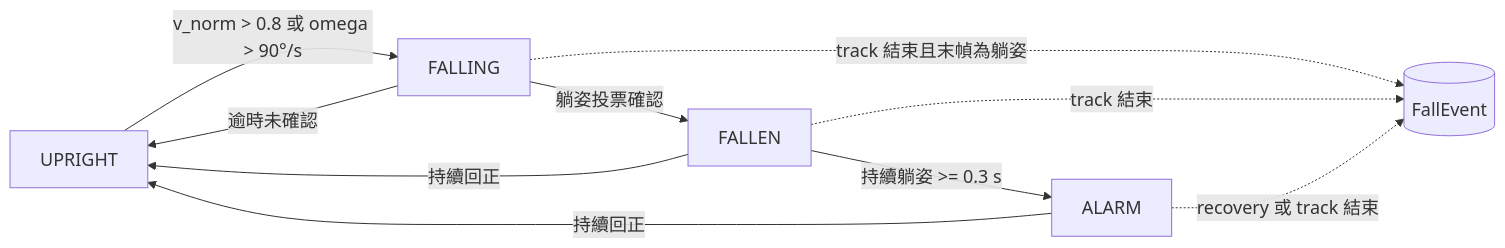
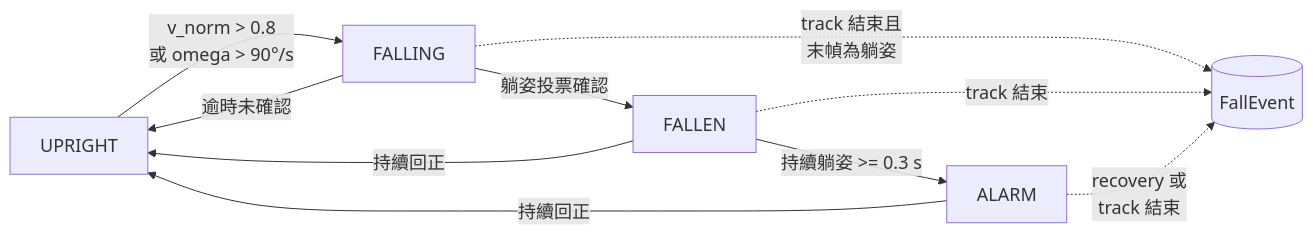
Before and after one commit to kuotunyu/fall-detection-pose: the second of 2 diagrams in README.md, drawn with Mermaid. The commit also changed other lines of this file and 2 other files, not shown here.

````diff
--- a/README.md
+++ b/README.md
@@ -66,13 +121,13 @@
 ```mermaid
 %%{init: {'themeVariables': {'fontSize': '18px'}}}%%
 flowchart LR
-    U[UPRIGHT] -->|v_norm > 0.8 或 omega > 90°/s| F[FALLING]
+    U[UPRIGHT] -->|v_norm > 0.8<br/>或 omega > 90°/s| F[FALLING]
     F -->|躺姿投票確認| L[FALLEN]
     F -->|逾時未確認| U
     L -->|持續躺姿 >= 0.3 s| A[ALARM]
     L -->|持續回正| U
     A -->|持續回正| U
-    F -. track 結束且末幀為躺姿 .-> E[(FallEvent)]
+    F -. track 結束且<br/>末幀為躺姿 .-> E[(FallEvent)]
     L -. track 結束 .-> E
-    A -. recovery 或 track 結束 .-> E
+    A -. recovery 或<br/>track 結束 .-> E
 ```
````
